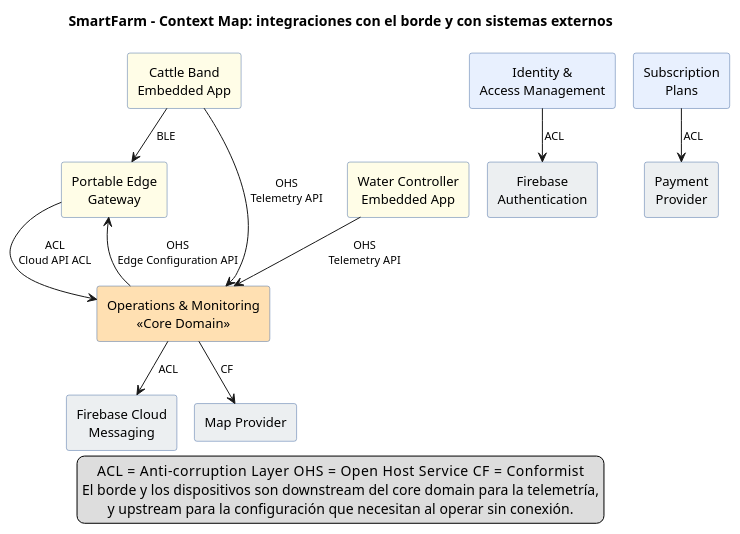
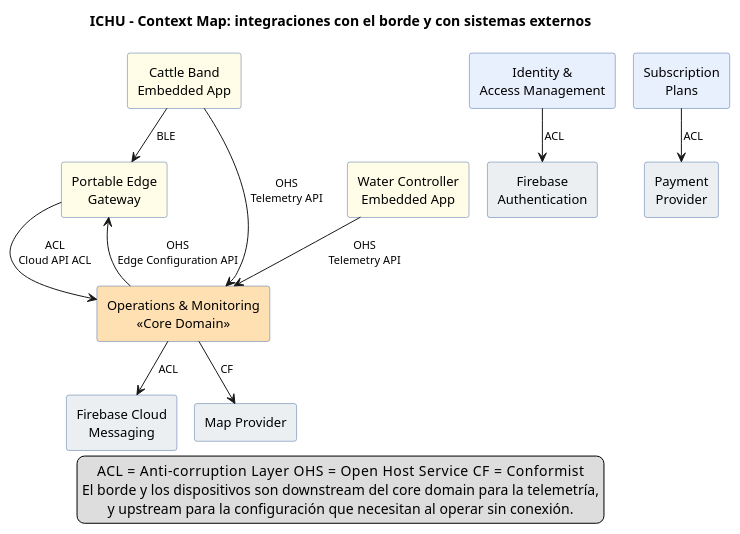
The diagram in diagrams/puml/context-map-external.puml (SmartFarm-8733/Report-SmartFarm), drawn with PlantUML before and after one commit. The commit also changed 30 other files, not shown here.

Commit message:
docs: update c4 diagrams with ICHU naming and IoT hardware in context view

```diff
--- a/diagrams/puml/context-map-external.puml
+++ b/diagrams/puml/context-map-external.puml
@@ -1,42 +1,42 @@
 @startuml
 !pragma layout smetana
 skinparam shadowing false
 skinparam defaultTextAlignment center
 skinparam rectangle {
   BackgroundColor #FFFFFF
   BorderColor #4A6FA5
   FontSize 13
 }
 skinparam ArrowFontSize 11
-title SmartFarm - Context Map: integraciones con el borde y con sistemas externos
+title ICHU - Context Map: integraciones con el borde y con sistemas externos
 
 rectangle "Cattle Band\nEmbedded App" as BAND #FFFDE7
 rectangle "Water Controller\nEmbedded App" as WATER #FFFDE7
 rectangle "Portable Edge\nGateway" as EDGE #FFFDE7
 
 rectangle "Operations & Monitoring\n<<Core Domain>>" as MON #FFE0B2
 rectangle "Identity &\nAccess Management" as IAM #E8F0FE
 rectangle "Subscription\nPlans" as SUB #E8F0FE
 
 rectangle "Firebase\nAuthentication" as FBA #ECEFF1
 rectangle "Firebase Cloud\nMessaging" as FCM #ECEFF1
 rectangle "Map Provider" as MAP #ECEFF1
 rectangle "Payment\nProvider" as PAY #ECEFF1
 
 BAND -down-> EDGE : BLE
 BAND -down-> MON : OHS\nTelemetry API
 WATER -down-> MON : OHS\nTelemetry API
 EDGE -down-> MON : ACL\nCloud API ACL
 MON -up-> EDGE : OHS\nEdge Configuration API
 
 MON -down-> FCM : ACL
 MON -down-> MAP : CF
 IAM -down-> FBA : ACL
 SUB -down-> PAY : ACL
 
 legend bottom
   ACL = Anti-corruption Layer     OHS = Open Host Service     CF = Conformist
   El borde y los dispositivos son downstream del core domain para la telemetría,
   y upstream para la configuración que necesitan al operar sin conexión.
 endlegend
 @enduml
```
